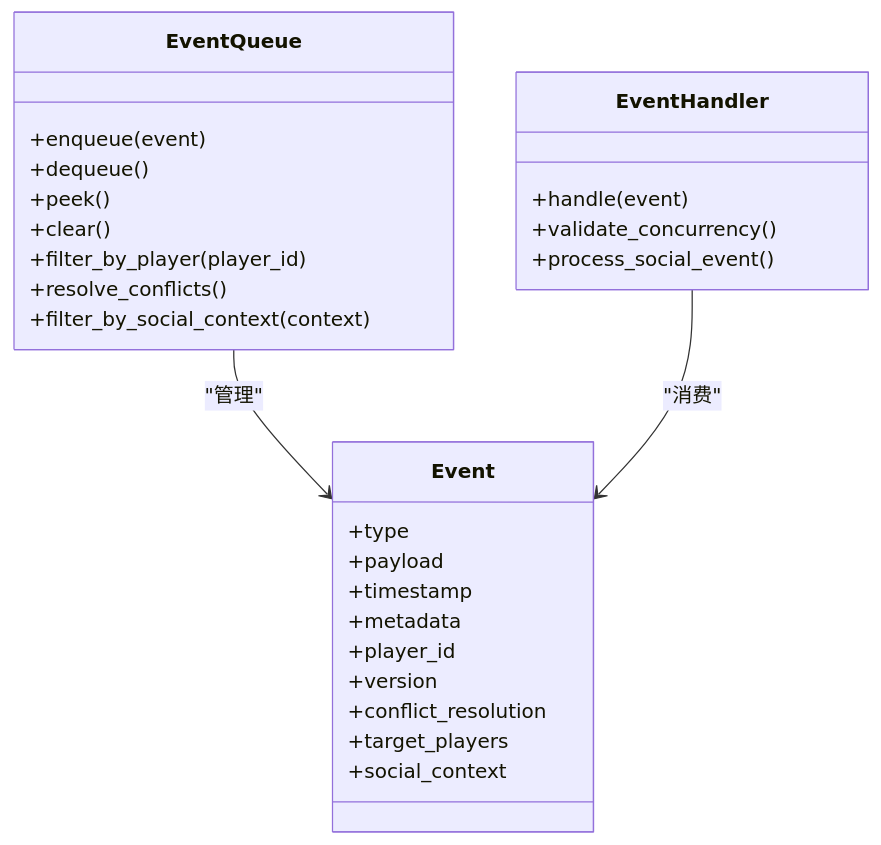
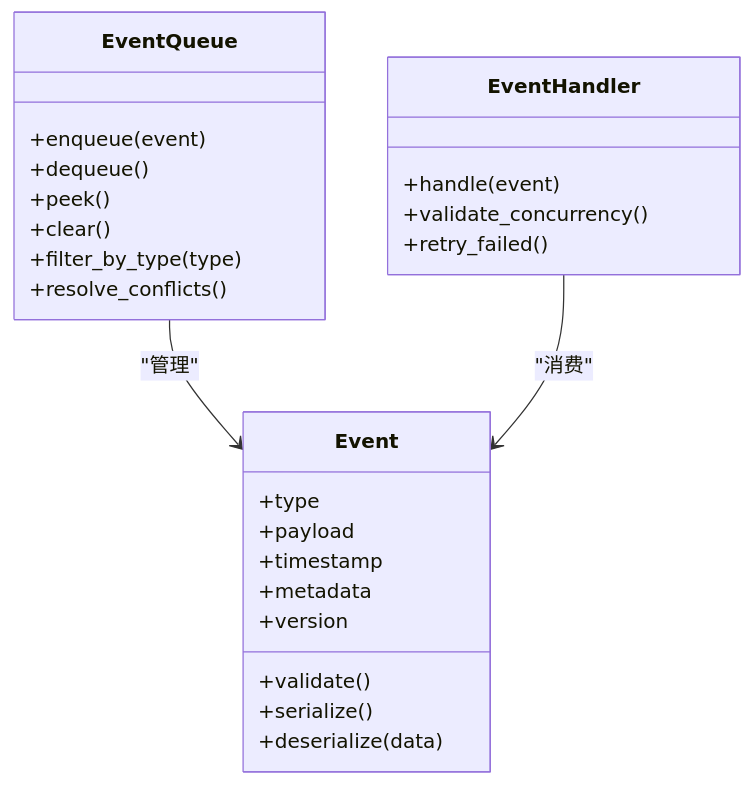
Before and after one commit to Ivandanslespace/thegreatnovel: the sixth of 9 diagrams in .qoder/repowiki/zh/content/运行时系统/公共生存模式.md, drawn with Mermaid. The commit also changed other lines of this file and 100 other files, not shown here.

````diff
--- a/.qoder/repowiki/zh/content/运行时系统/公共生存模式.md
+++ b/.qoder/repowiki/zh/content/运行时系统/公共生存模式.md
@@ -376,30 +325,28 @@
 ```mermaid
 classDiagram
 class Event {
 +type
 +payload
 +timestamp
 +metadata
-+player_id
 +version
-+conflict_resolution
-+target_players
-+social_context
++validate()
++serialize()
++deserialize(data)
 }
 class EventQueue {
 +enqueue(event)
 +dequeue()
 +peek()
 +clear()
-+filter_by_player(player_id)
++filter_by_type(type)
 +resolve_conflicts()
-+filter_by_social_context(context)
 }
 class EventHandler {
 +handle(event)
 +validate_concurrency()
-+process_social_event()
++retry_failed()
 }
 EventQueue --> Event : "管理"
 EventHandler --> Event : "消费"
 ```
````
